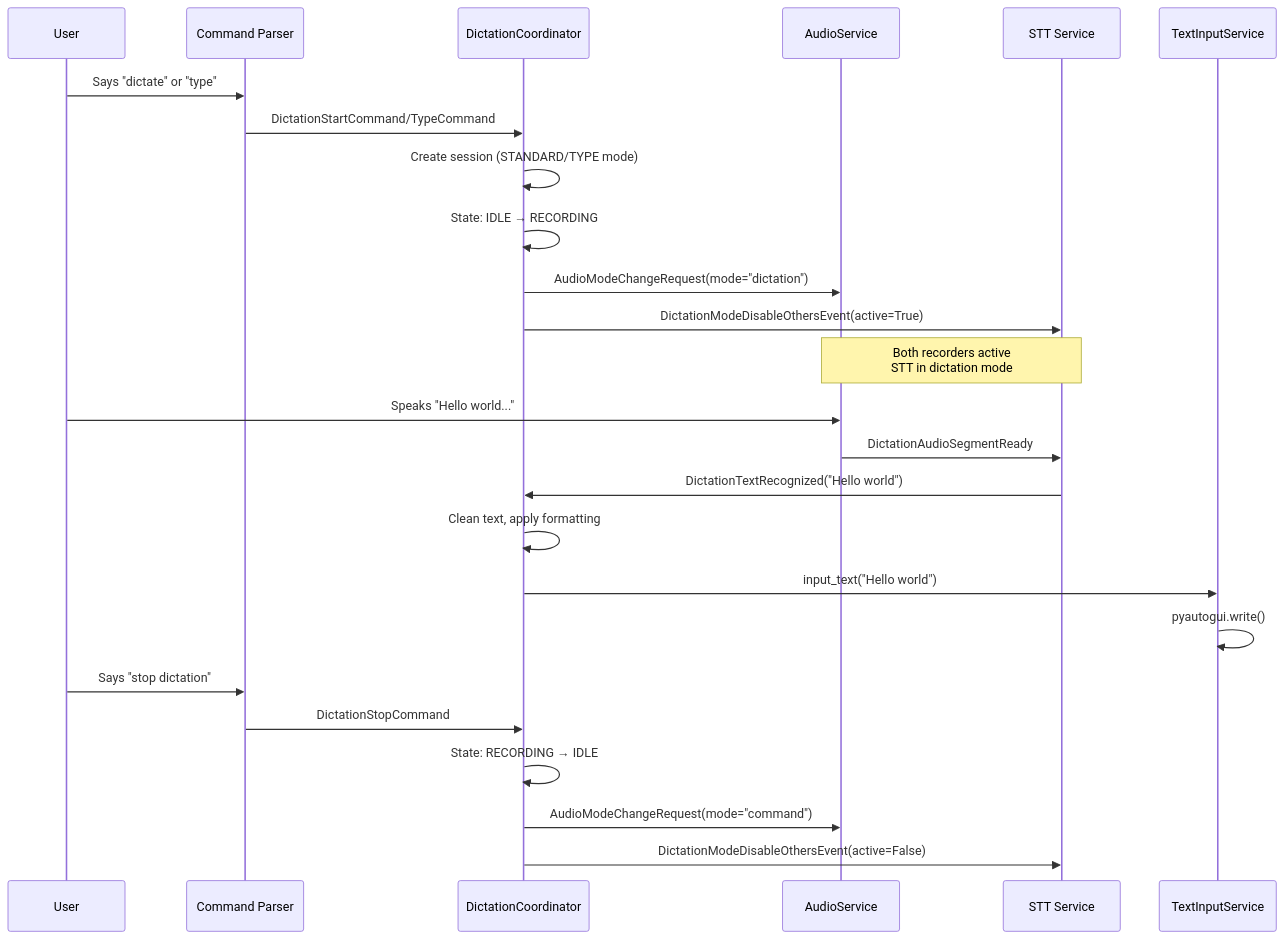
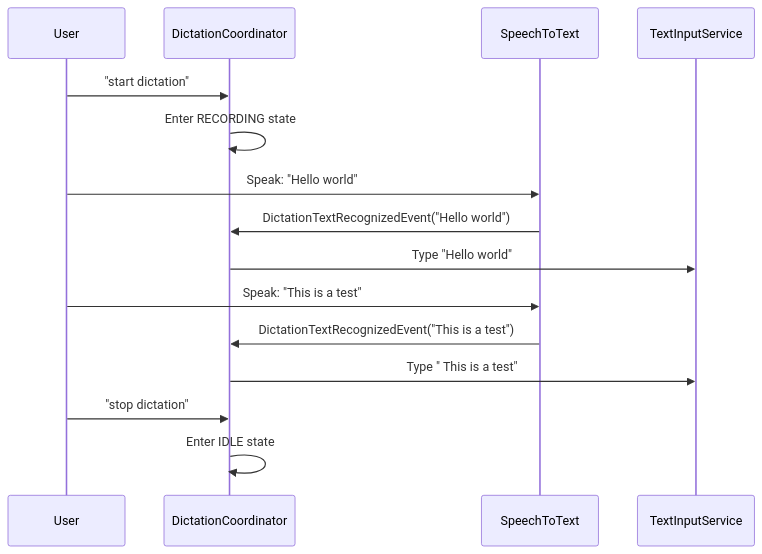
One commit to rick12000/vocalance changed the third of 7 diagrams in docs/developer/dictation_system.rst. Above: the diagram before and after it, drawn with Mermaid. The commit also changed other lines of this file and 12 other files, not shown here.

```diff
--- a/docs/developer/dictation_system.rst
+++ b/docs/developer/dictation_system.rst
@@ -103,31 +145,21 @@
 .. mermaid::
 
    sequenceDiagram
-       participant User
-       participant Parser as Command Parser
+       participant U as User
        participant Coord as DictationCoordinator
-       participant Audio as AudioService
-       participant STT as STT Service
-       participant TextInput as TextInputService
+       participant STT as SpeechToText
+       participant Input as TextInputService
 
-       User->>Parser: Says "dictate" or "type"
-       Parser->>Coord: DictationStartCommand/TypeCommand
-       Coord->>Coord: Create session (STANDARD/TYPE mode)
-       Coord->>Coord: State: IDLE → RECORDING
-       Coord->>Audio: AudioModeChangeRequest(mode="dictation")
-       Coord->>STT: DictationModeDisableOthersEvent(active=True)
+       U->>Coord: "start dictation"
+       Coord->>Coord: Enter RECORDING state
 
-       Note over Audio,STT: Both recorders active<br/>STT in dictation mode
+       U->>STT: Speak: "Hello world"
+       STT->>Coord: DictationTextRecognizedEvent("Hello world")
+       Coord->>Input: Type "Hello world"
 
-       User->>Audio: Speaks "Hello world..."
-       Audio->>STT: DictationAudioSegmentReady
-       STT->>Coord: DictationTextRecognized("Hello world")
-       Coord->>Coord: Clean text, apply formatting
-       Coord->>TextInput: input_text("Hello world")
-       TextInput->>TextInput: pyautogui.write()
+       U->>STT: Speak: "This is a test"
+       STT->>Coord: DictationTextRecognizedEvent("This is a test")
+       Coord->>Input: Type " This is a test"
 
-       User->>Parser: Says "stop dictation"
-       Parser->>Coord: DictationStopCommand
-       Coord->>Coord: State: RECORDING → IDLE
-       Coord->>Audio: AudioModeChangeRequest(mode="command")
-       Coord->>STT: DictationModeDisableOthersEvent(active=False)
+       U->>Coord: "stop dictation"
+       Coord->>Coord: Enter IDLE state
```
